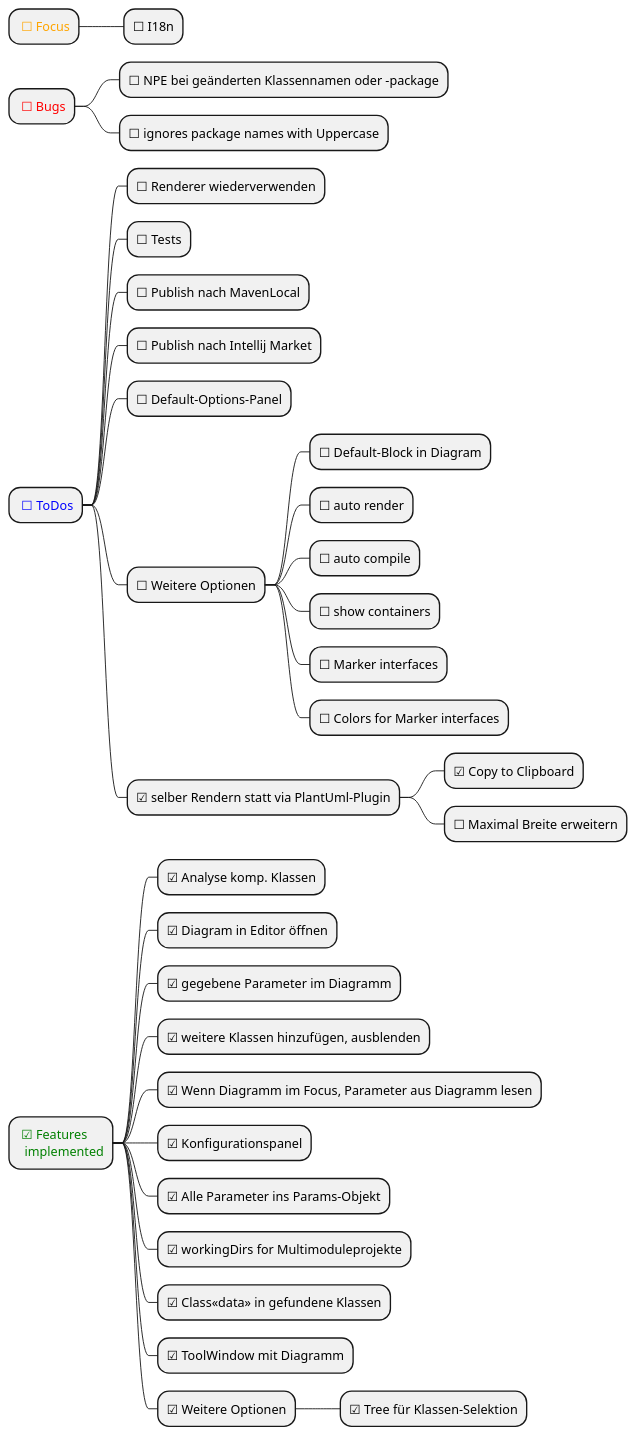
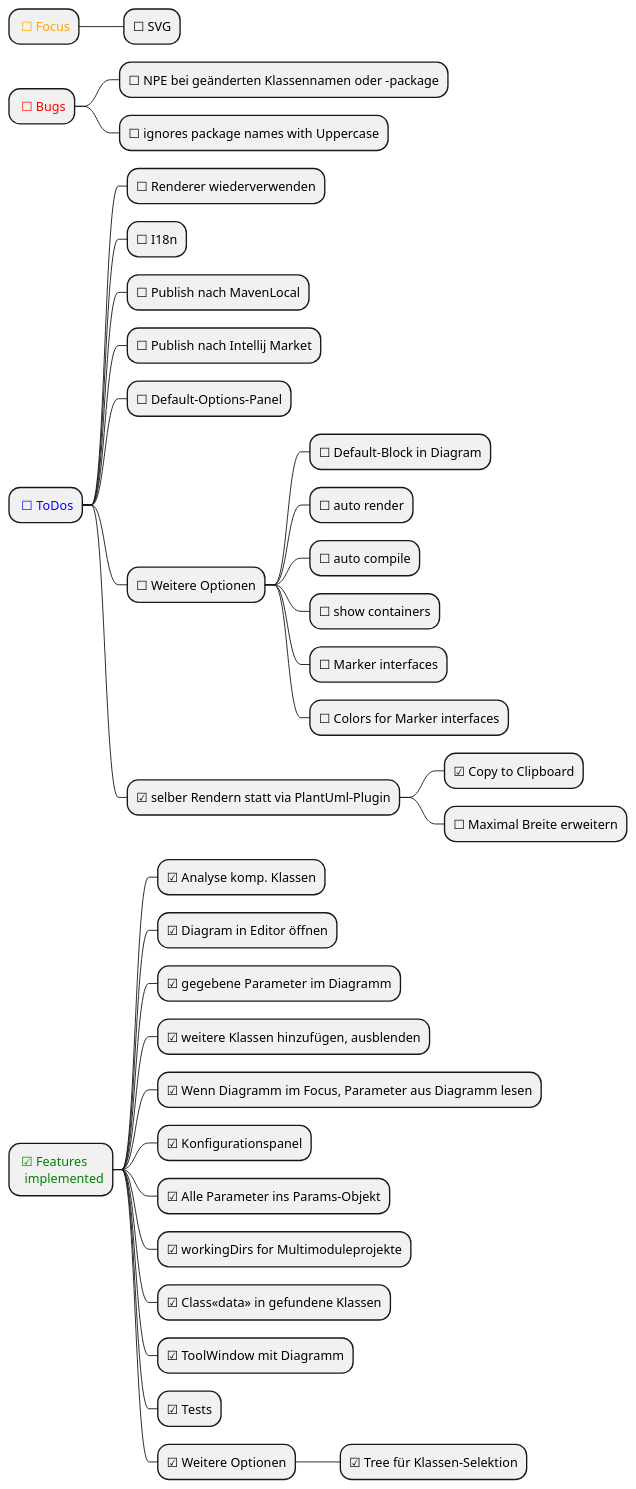
One commit to MrDolch/plantarch-intellij-plugin changed the diagram in docs/DevGuideRail.puml. Above: the diagram before and after it, drawn with PlantUML. The commit also changed 6 other files, not shown here.

Commit message:
Make Diagram nore interactive

```diff
--- a/docs/DevGuideRail.puml
+++ b/docs/DevGuideRail.puml
@@ -1,43 +1,44 @@
 @startmindmap
 skinparam monochrome false
 
 * <color:orange> ☐ Focus
-** ☐ I18n
+** ☐ SVG
 
 * <color:red> ☐ Bugs
 ** ☐ NPE bei geänderten Klassennamen oder -package
 ** ☐ ignores package names with Uppercase
 
 * <color:blue> ☐ ToDos
 ** ☐ Renderer wiederverwenden
-** ☐ Tests
+** ☐ I18n
 ** ☐ Publish nach MavenLocal
 ** ☐ Publish nach Intellij Market
 ** ☐ Default-Options-Panel
 ** ☐ Weitere Optionen
 *** ☐ Default-Block in Diagram
 *** ☐ auto render
 *** ☐ auto compile
 *** ☐ show containers
 *** ☐ Marker interfaces
 *** ☐ Colors for Marker interfaces
 ** ☑ selber Rendern statt via PlantUml-Plugin
 *** ☑ Copy to Clipboard
 *** ☐ Maximal Breite erweitern
 
 
 * <color:green> ☑ Features\n <color:green> implemented
 ** ☑ Analyse komp. Klassen
 ** ☑ Diagram in Editor öffnen
 ** ☑ gegebene Parameter im Diagramm
 ** ☑ weitere Klassen hinzufügen, ausblenden
 ** ☑ Wenn Diagramm im Focus, Parameter aus Diagramm lesen
 ** ☑ Konfigurationspanel
 ** ☑ Alle Parameter ins Params-Objekt
 ** ☑ workingDirs for Multimoduleprojekte
 ** ☑ Class<<data>> in gefundene Klassen
 ** ☑ ToolWindow mit Diagramm
+** ☑ Tests
 ** ☑ Weitere Optionen
 *** ☑ Tree für Klassen-Selektion
 
 @endmindmap
```
